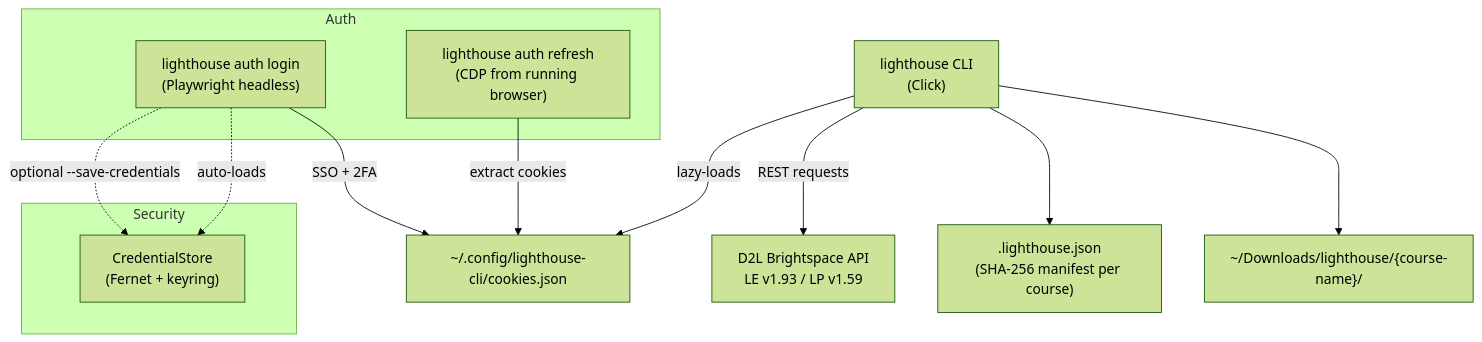
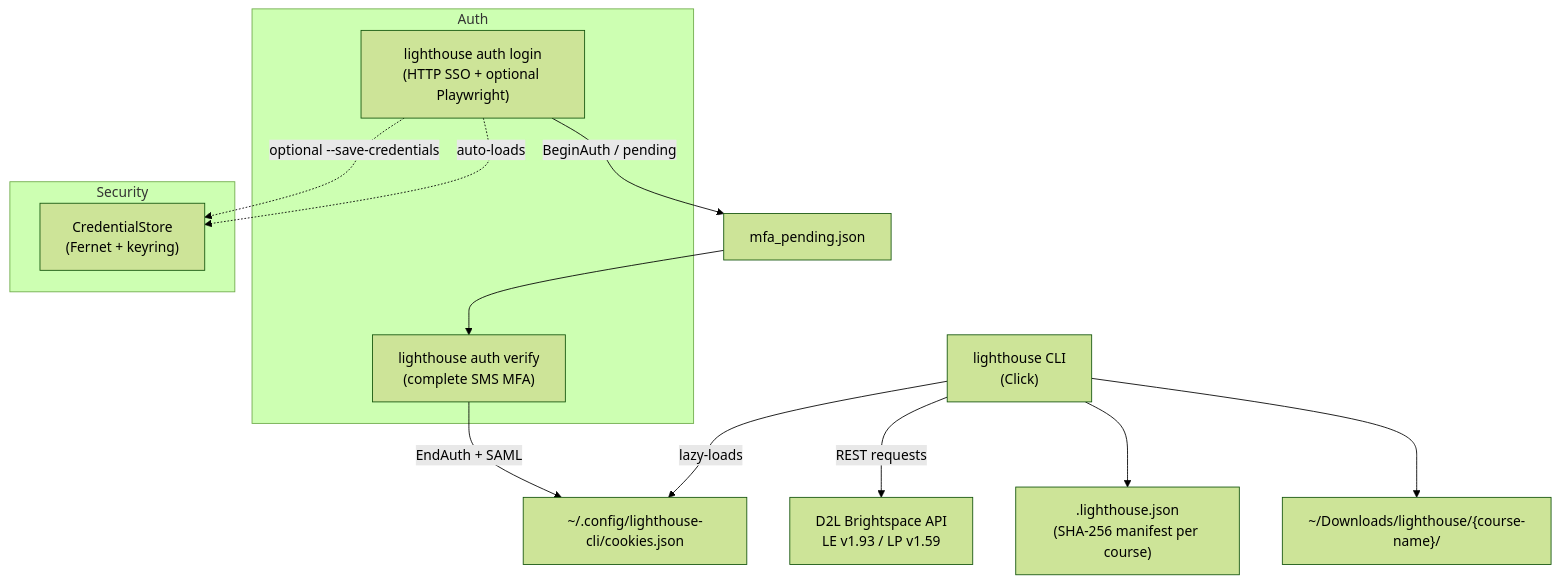
Before and after one commit to rabesss/lighthouse-cli: the diagram in README.md, drawn with Mermaid (forest theme). The commit also changed other lines of this file and 10 other files, not shown here.

First line of the commit message:
feat(auth): two-step MFA verify, KMSI/SAML fixes, and SSO docs

````diff
--- a/README.md
+++ b/README.md
@@ -53,21 +50,22 @@
 ```mermaid
 graph TD
     subgraph Auth
-        A1["lighthouse auth login<br/>(Playwright headless)"]
-        A2["lighthouse auth refresh<br/>(CDP from running browser)"]
+        A1["lighthouse auth login<br/>(HTTP SSO + optional Playwright)"]
+        A2["lighthouse auth verify<br/>(complete SMS MFA)"]
     end
-    A1 -->|SSO + 2FA| COOKIES["~/.config/lighthouse-cli/cookies.json"]
-    A2 -->|extract cookies| COOKIES
+    A1 -->|BeginAuth / pending| PENDING["mfa_pending.json"]
+    A2 -->|EndAuth + SAML| COOKIES["~/.config/lighthouse-cli/cookies.json"]
+    PENDING --> A2
 
     CLI["lighthouse CLI<br/>(Click)"] -->|lazy-loads| COOKIES
     CLI -->|REST requests| API["D2L Brightspace API<br/>LE v1.93 / LP v1.59"]
 
     CLI --> MANIFEST[".lighthouse.json<br/>(SHA-256 manifest per course)"]
     CLI --> DOWNLOADS["~/Downloads/lighthouse/{course-name}/"]
 
     subgraph Security
         CRED["CredentialStore<br/>(Fernet + keyring)"]
     end
     A1 -.->|optional --save-credentials| CRED
     A1 -.->|auto-loads| CRED
 ```
````
